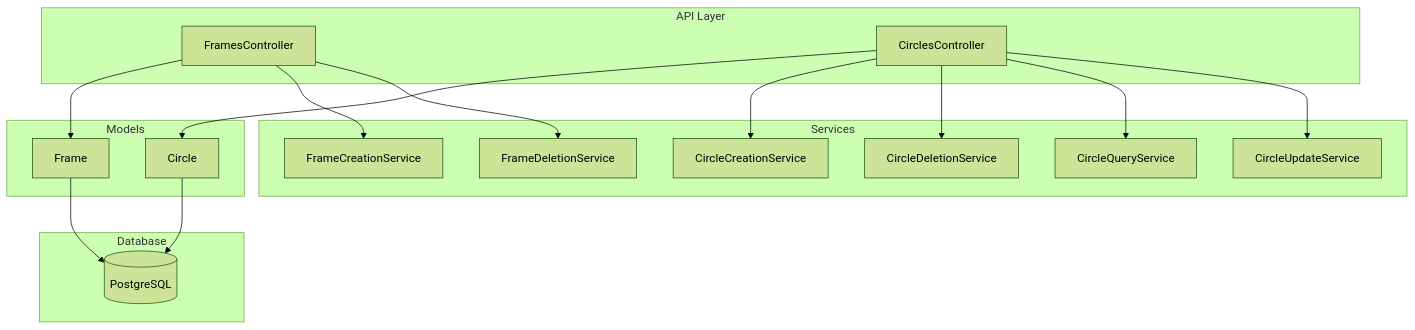
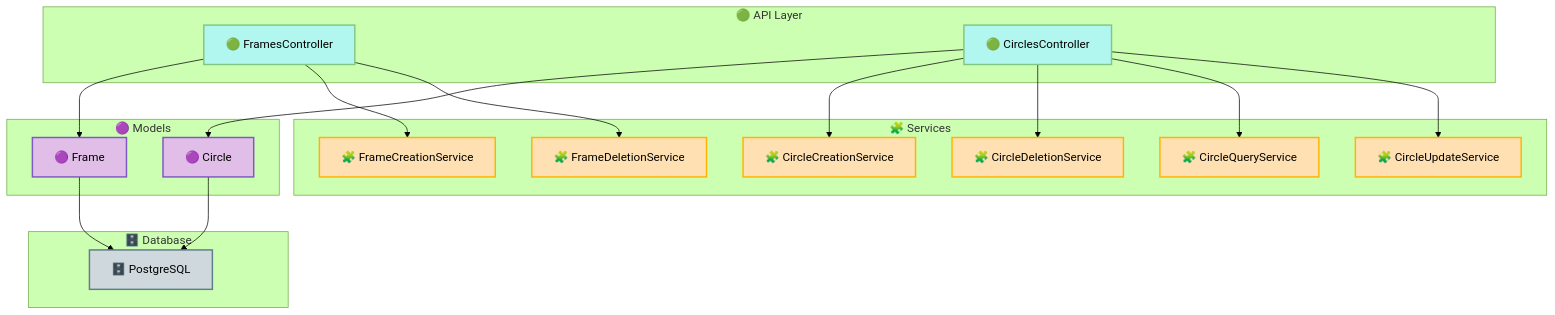
Before and after one commit to enogrob/rails_frames_and_circles_api: the first of 8 diagrams in README.md, drawn with Mermaid (forest theme). The commit also changed other lines of this file and 2 other files, not shown here.

````diff
--- a/README.md
+++ b/README.md
@@ -52,33 +52,43 @@
 ```mermaid
+%% Architecture Diagram with Pastel Colors and Emoticons
 graph TD
-    subgraph API_Layer[API Layer]
-        FramesController
-        CirclesController
+    subgraph API_Layer[🟢 API Layer]
+        FramesController[🟢 FramesController]
+        CirclesController[🟢 CirclesController]
     end
-    subgraph Models[Models]
-        Frame
-        Circle
+    subgraph Models[🟣 Models]
+        Frame[🟣 Frame]
+        Circle[🟣 Circle]
     end
-    subgraph Services[Services]
-        FrameCreationService
-        FrameDeletionService
-        CircleCreationService
-        CircleDeletionService
-        CircleQueryService
-        CircleUpdateService
+    subgraph Services[🧩 Services]
+        FrameCreationService[🧩 FrameCreationService]
+        FrameDeletionService[🧩 FrameDeletionService]
+        CircleCreationService[🧩 CircleCreationService]
+        CircleDeletionService[🧩 CircleDeletionService]
+        CircleQueryService[🧩 CircleQueryService]
+        CircleUpdateService[🧩 CircleUpdateService]
     end
-    subgraph Database[Database]
-        PostgreSQL[(PostgreSQL)]
+    subgraph Database[🗄️ Database]
+        PostgreSQL[🗄️ PostgreSQL]
     end
 
     FramesController --> Frame
     FramesController --> FrameCreationService
     FramesController --> FrameDeletionService
     CirclesController --> Circle
     CirclesController --> CircleCreationService
     CirclesController --> CircleDeletionService
     CirclesController --> CircleQueryService
     CirclesController --> CircleUpdateService
     Frame --> PostgreSQL
     Circle --> PostgreSQL
+
+    classDef api fill:#b2f7ef,stroke:#81c784,stroke-width:2px;
+    classDef model fill:#e1bee7,stroke:#7e57c2,stroke-width:2px;
+    classDef service fill:#ffe0b2,stroke:#ffb300,stroke-width:2px;
+    classDef db fill:#cfd8dc,stroke:#607d8b,stroke-width:2px;
+    class FramesController,CirclesController api;
+    class Frame,Circle model;
+    class FrameCreationService,FrameDeletionService,CircleCreationService,CircleDeletionService,CircleQueryService,CircleUpdateService service;
+    class PostgreSQL db;
 ```
````
